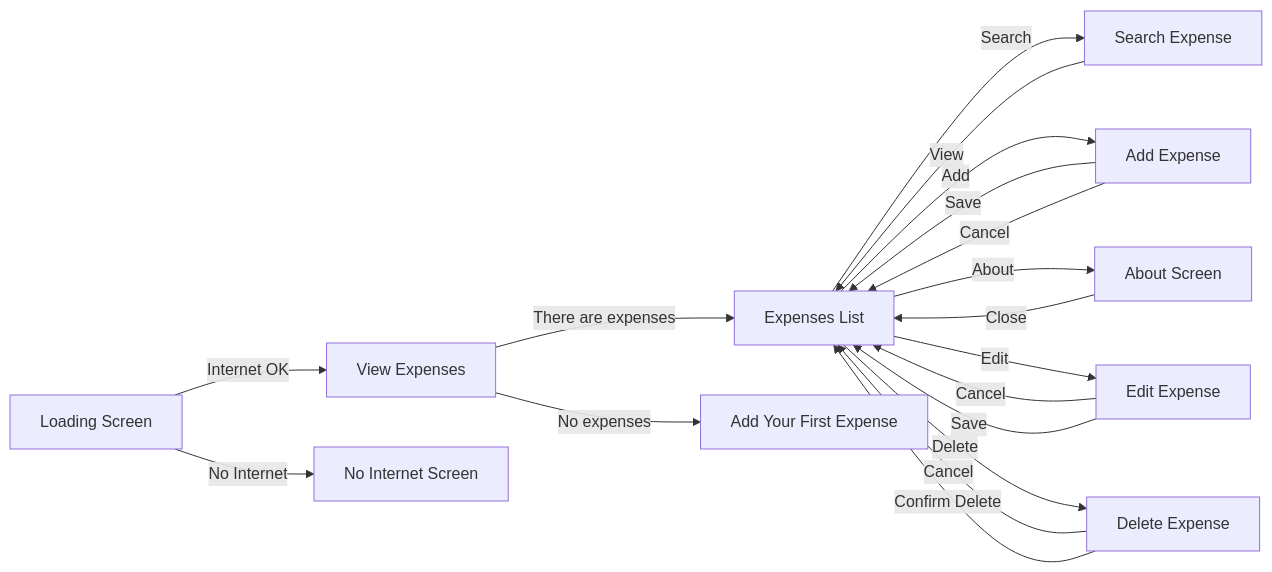
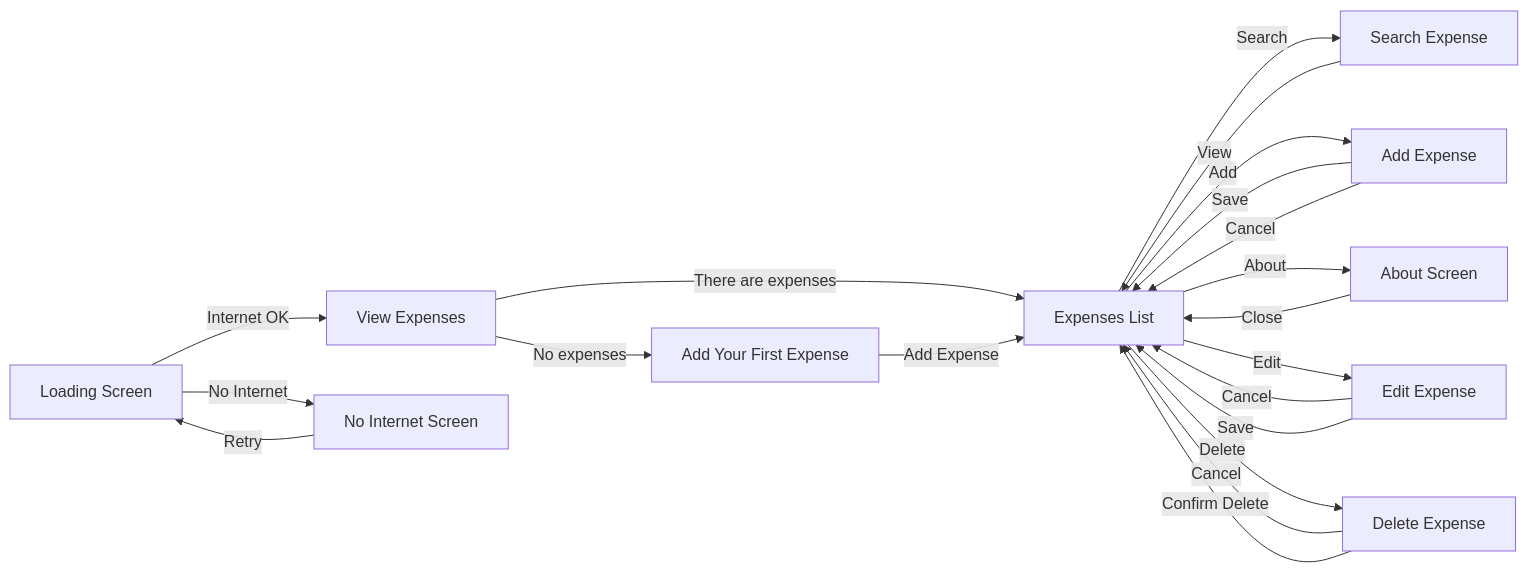
Before and after one commit to alexborrazasm/ipm: the second of 2 diagrams in diseños/diseño-iu.md, drawn with Mermaid. The commit also changed other lines of this file and 6 other files, not shown here.

Commit message:
[DISEÑOS] actualizados diagramas + fotos wireframes | falta pasarlo a pdf

````diff
--- a/diseños/diseño-iu.md
+++ b/diseños/diseño-iu.md
@@ -50,28 +50,32 @@
 ```mermaid
 flowchart LR
 
     A[Loading Screen] -->|Internet OK| B[View Expenses]
     A -->|No Internet| C[No Internet Screen]
 
     B -->|There are expenses| D[Expenses List]
     B -->|No expenses| E[Add Your First Expense]
 
     D -->|Search| F[Search Expense]
     D -->|Add| G[Add Expense]
     D -->|About| H[About Screen]
     D -->|Edit| I[Edit Expense]
     D -->|Delete| J[Delete Expense]
 
     I -->|Cancel| D
     I -->|Save| D
 
     J -->|Cancel| D
     J -->|Confirm Delete| D
 
     G -->|Save| D
     G -->|Cancel| D
 
     H --> |Close| D
 
     F --> |View| D
+
+    E --> |Add Expense| D
+
+    C --> |Retry| A
 ```
````
